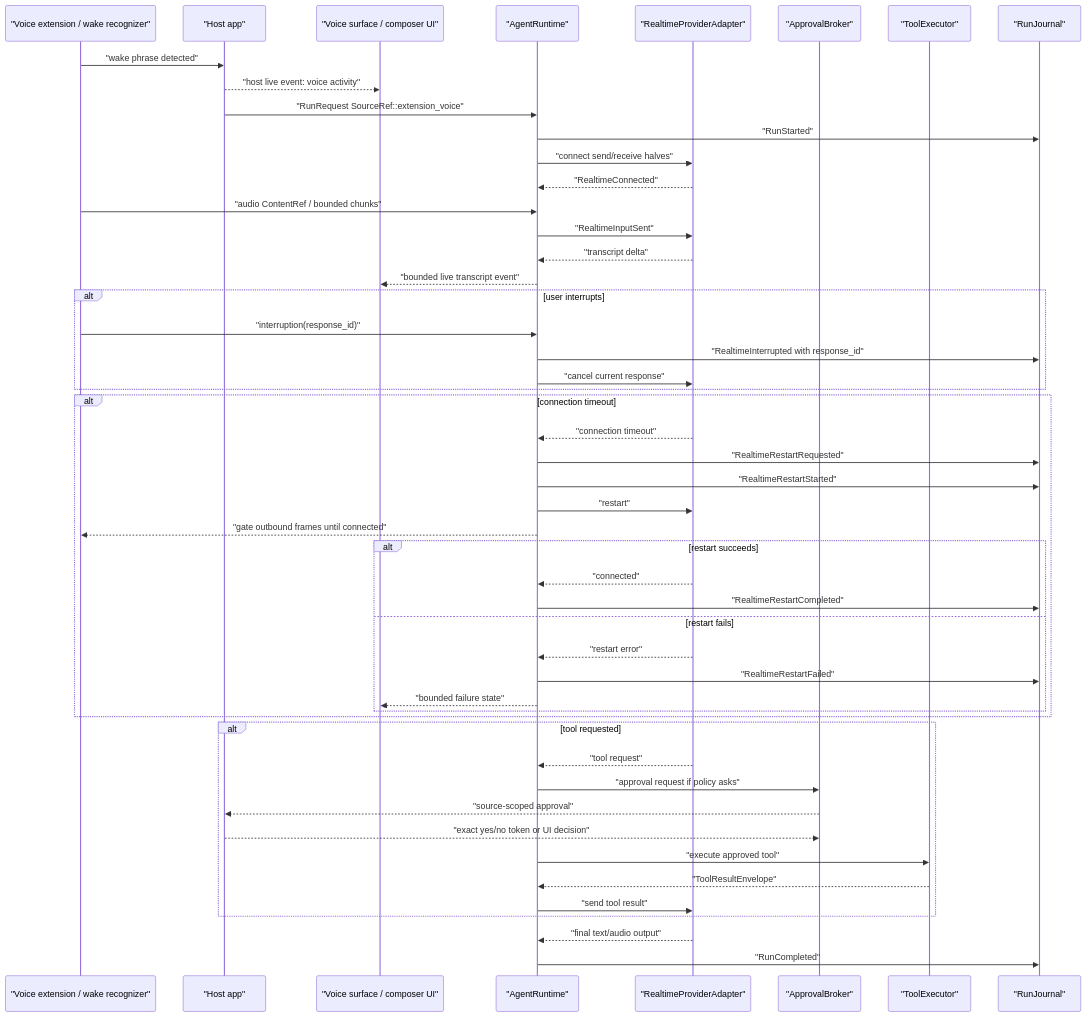
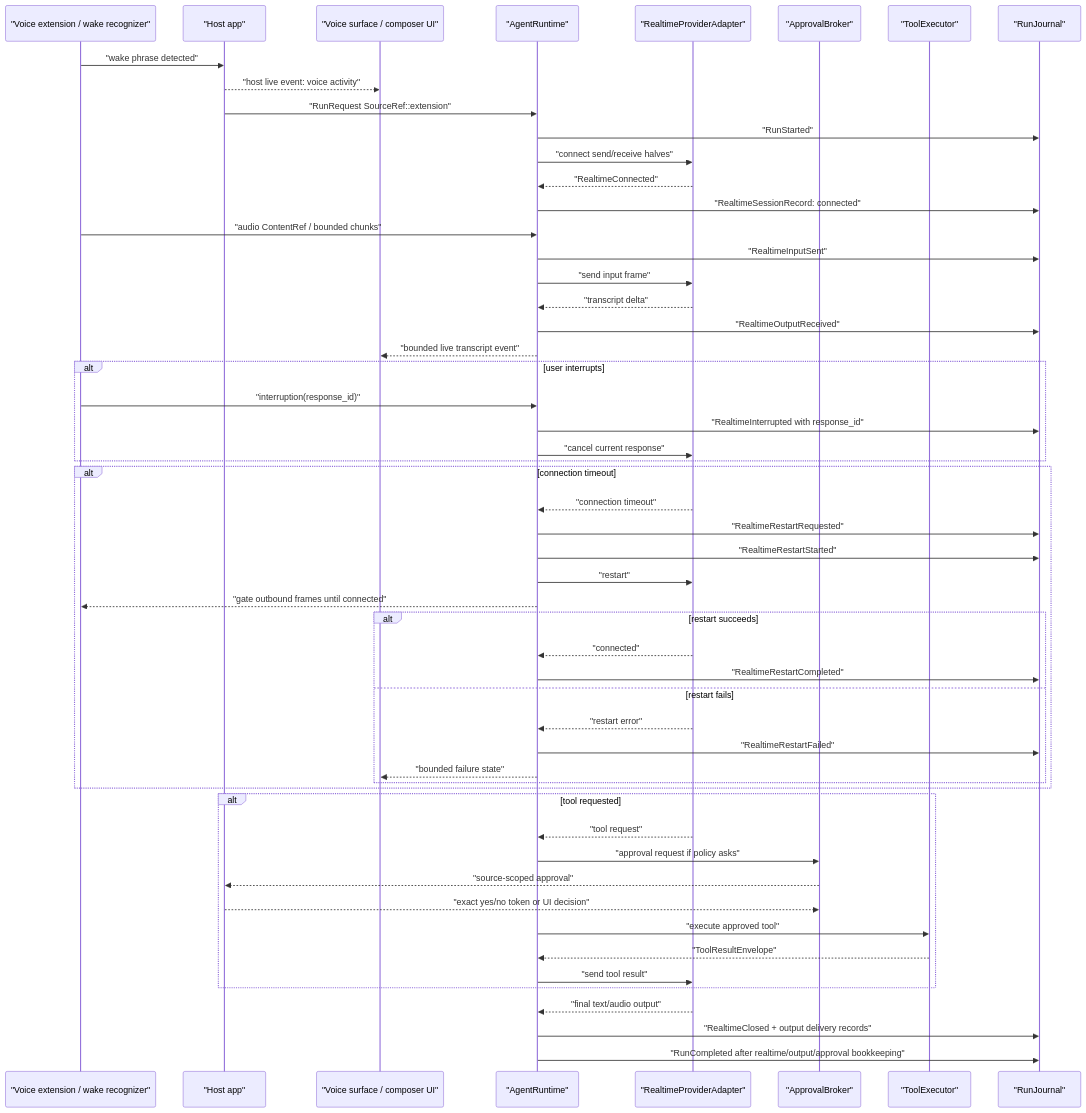
One commit to heyclawdia/clawdia_sdk changed the first of 2 diagrams in docs/examples/realtime-voice-workflow.md. Above: the diagram before and after it, drawn with Mermaid. The commit also changed other lines of this file and 14 other files, not shown here.

````diff
--- a/docs/examples/realtime-voice-workflow.md
+++ b/docs/examples/realtime-voice-workflow.md
@@ -7,53 +7,57 @@
 ```mermaid
 sequenceDiagram
   participant Voice as "Voice extension / wake recognizer"
   participant Host as "Host app"
   participant UI as "Voice surface / composer UI"
   participant Runtime as "AgentRuntime"
   participant RT as "RealtimeProviderAdapter"
   participant Broker as "ApprovalBroker"
   participant Tool as "ToolExecutor"
   participant Journal as "RunJournal"
 
   Voice->>Host: "wake phrase detected"
   Host-->>UI: "host live event: voice activity"
-  Host->>Runtime: "RunRequest SourceRef::extension_voice"
+  Host->>Runtime: "RunRequest SourceRef::extension"
   Runtime->>Journal: "RunStarted"
   Runtime->>RT: "connect send/receive halves"
   RT-->>Runtime: "RealtimeConnected"
+  Runtime->>Journal: "RealtimeSessionRecord: connected"
   Voice->>Runtime: "audio ContentRef / bounded chunks"
-  Runtime->>RT: "RealtimeInputSent"
+  Runtime->>Journal: "RealtimeInputSent"
+  Runtime->>RT: "send input frame"
   RT-->>Runtime: "transcript delta"
+  Runtime->>Journal: "RealtimeOutputReceived"
   Runtime-->>UI: "bounded live transcript event"
   alt user interrupts
     Voice->>Runtime: "interruption(response_id)"
     Runtime->>Journal: "RealtimeInterrupted with response_id"
     Runtime->>RT: "cancel current response"
   end
   alt connection timeout
     RT-->>Runtime: "connection timeout"
     Runtime->>Journal: "RealtimeRestartRequested"
     Runtime->>Journal: "RealtimeRestartStarted"
     Runtime->>RT: "restart"
     Runtime-->>Voice: "gate outbound frames until connected"
     alt restart succeeds
       RT-->>Runtime: "connected"
       Runtime->>Journal: "RealtimeRestartCompleted"
     else restart fails
       RT-->>Runtime: "restart error"
       Runtime->>Journal: "RealtimeRestartFailed"
     Runtime-->>UI: "bounded failure state"
     end
   end
   alt tool requested
     RT-->>Runtime: "tool request"
     Runtime->>Broker: "approval request if policy asks"
     Broker-->>Host: "source-scoped approval"
     Host-->>Broker: "exact yes/no token or UI decision"
     Runtime->>Tool: "execute approved tool"
     Tool-->>Runtime: "ToolResultEnvelope"
     Runtime->>RT: "send tool result"
   end
   RT-->>Runtime: "final text/audio output"
-  Runtime->>Journal: "RunCompleted"
+  Runtime->>Journal: "RealtimeClosed + output delivery records"
+  Runtime->>Journal: "RunCompleted after realtime/output/approval bookkeeping"
 ```
````
